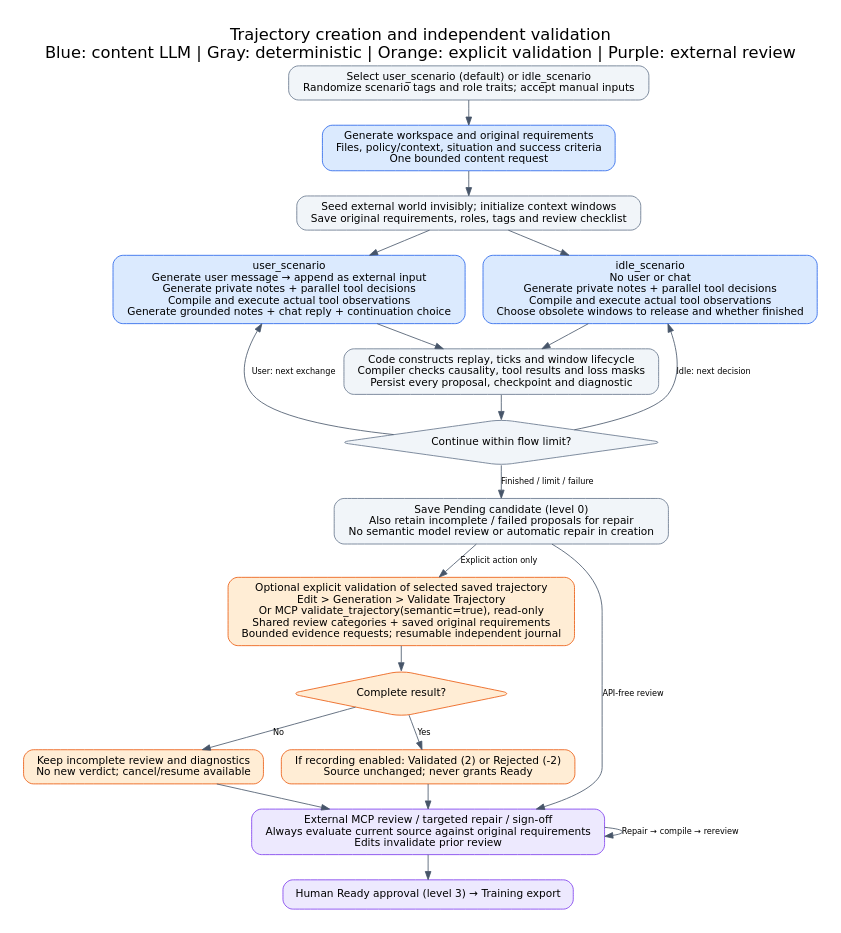
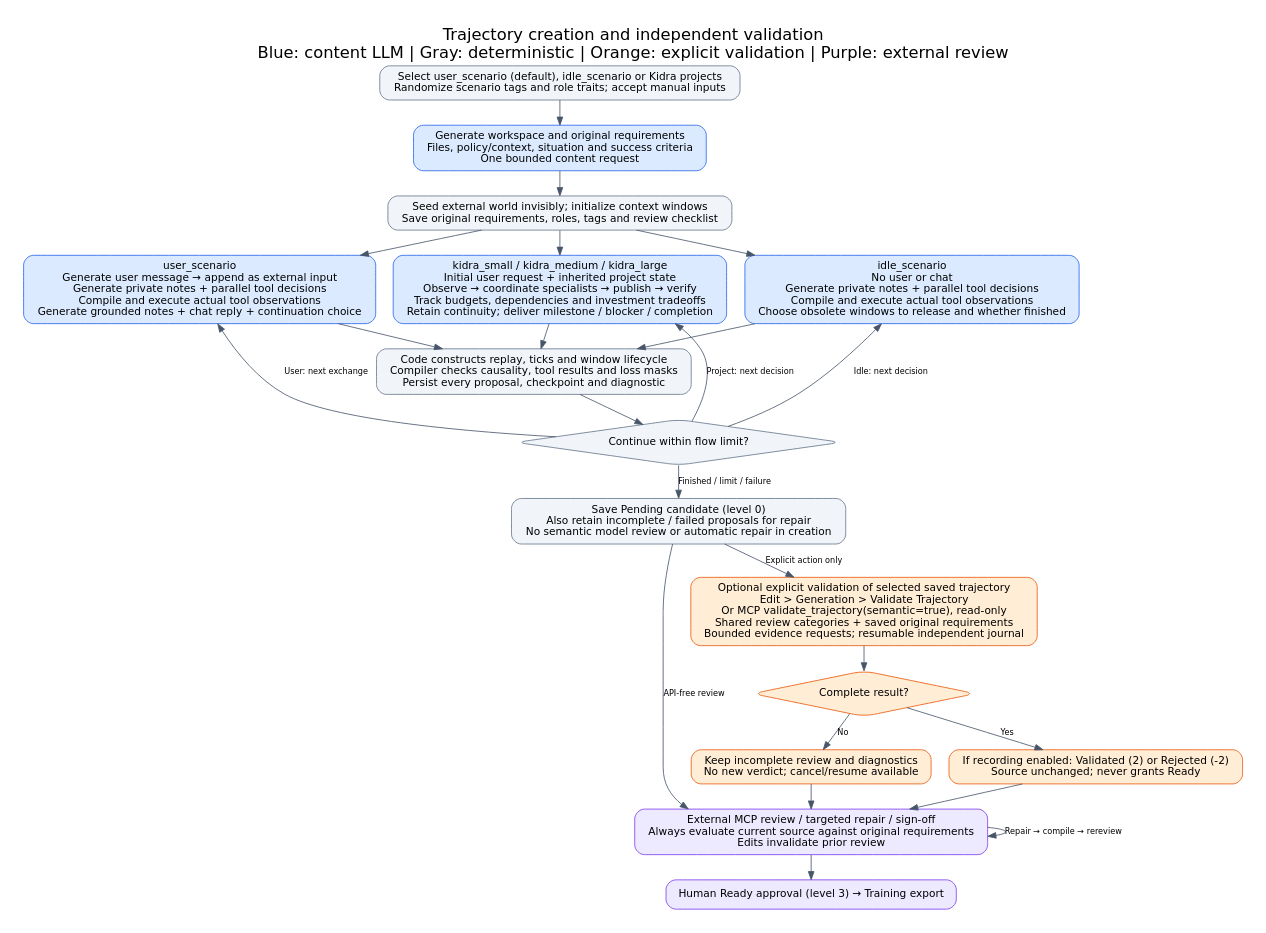
The diagram in docs/generation-validation-flow.dot (TheDudeFromCI/trajectory-remix), drawn with Graphviz before and after one commit. The commit also changed 19 other files, not shown here.

Commit message:
Add Kidra project scenarios across scales and lifecycle phases

```diff
--- a/docs/generation-validation-flow.dot
+++ b/docs/generation-validation-flow.dot
@@ -1,35 +1,37 @@
 digraph generation {
   graph [rankdir=TB, bgcolor="white", fontname="DejaVu Sans", fontsize=20, labelloc=t, label="Trajectory creation and independent validation\nBlue: content LLM | Gray: deterministic | Orange: explicit validation | Purple: external review", pad=0.3, nodesep=0.3, ranksep=0.4];
   node [shape=box, style="rounded,filled", fillcolor="#F1F5F9", color="#64748B", fontname="DejaVu Sans", fontsize=13, margin="0.16,0.1"];
   edge [fontname="DejaVu Sans", fontsize=10, color="#475569"];
-  inputs [label="Select user_scenario (default) or idle_scenario\nRandomize scenario tags and role traits; accept manual inputs"];
+  inputs [label="Select user_scenario (default), idle_scenario or Kidra projects\nRandomize scenario tags and role traits; accept manual inputs"];
   world [label="Generate workspace and original requirements\nFiles, policy/context, situation and success criteria\nOne bounded content request", fillcolor="#DBEAFE", color="#2563EB"];
   setup [label="Seed external world invisibly; initialize context windows\nSave original requirements, roles, tags and review checklist"];
   user [label="user_scenario\nGenerate user message → append as external input\nGenerate private notes + parallel tool decisions\nCompile and execute actual tool observations\nGenerate grounded notes + chat reply + continuation choice", fillcolor="#DBEAFE", color="#2563EB"];
   idle [label="idle_scenario\nNo user or chat\nGenerate private notes + parallel tool decisions\nCompile and execute actual tool observations\nChoose obsolete windows to release and whether finished", fillcolor="#DBEAFE", color="#2563EB"];
+  kidra [label="kidra_small / kidra_medium / kidra_large\nInitial user request + inherited project state\nObserve → coordinate specialists → publish → verify\nTrack budgets, dependencies and investment tradeoffs\nRetain continuity; deliver milestone / blocker / completion", fillcolor="#DBEAFE", color="#2563EB"];
   repeat [label="Continue within flow limit?", shape=diamond];
   assemble [label="Code constructs replay, ticks and window lifecycle\nCompiler checks causality, tool results and loss masks\nPersist every proposal, checkpoint and diagnostic"];
   pending [label="Save Pending candidate (level 0)\nAlso retain incomplete / failed proposals for repair\nNo semantic model review or automatic repair in creation"];
   review [label="Optional explicit validation of selected saved trajectory\nEdit > Generation > Validate Trajectory\nOr MCP validate_trajectory(semantic=true), read-only\nShared review categories + saved original requirements\nBounded evidence requests; resumable independent journal", fillcolor="#FFEDD5", color="#EA580C"];
   verdict [label="Complete result?", shape=diamond, fillcolor="#FFEDD5", color="#EA580C"];
   record [label="If recording enabled: Validated (2) or Rejected (-2)\nSource unchanged; never grants Ready", fillcolor="#FFEDD5", color="#EA580C"];
   incomplete [label="Keep incomplete review and diagnostics\nNo new verdict; cancel/resume available", fillcolor="#FFEDD5", color="#EA580C"];
   external [label="External MCP review / targeted repair / sign-off\nAlways evaluate current source against original requirements\nEdits invalidate prior review", fillcolor="#EDE9FE", color="#7C3AED"];
   ready [label="Human Ready approval (level 3) → Training export", fillcolor="#EDE9FE", color="#7C3AED"];
-  {rank=same; user; idle;}
+  {rank=same; user; idle; kidra;}
   inputs -> world -> setup;
-  setup -> user; setup -> idle;
-  user -> assemble; idle -> assemble;
+  setup -> user; setup -> idle; setup -> kidra;
+  user -> assemble; idle -> assemble; kidra -> assemble;
   assemble -> repeat;
   repeat -> user [label="User: next exchange"];
   repeat -> idle [label="Idle: next decision"];
+  repeat -> kidra [label="Project: next decision"];
   repeat -> pending [label="Finished / limit / failure"];
   pending -> review [label="Explicit action only"];
   pending -> external [label="API-free review"];
   review -> verdict;
   verdict -> record [label="Yes"];
   verdict -> incomplete [label="No"];
   record -> external; incomplete -> external;
   external -> external [label="Repair → compile → rereview"];
   external -> ready;
 }
```
